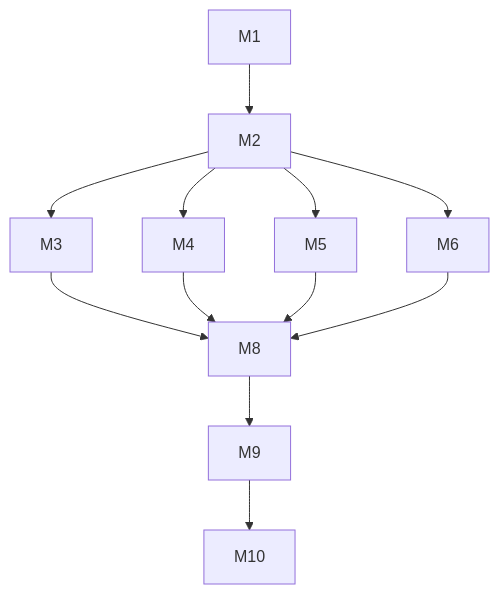
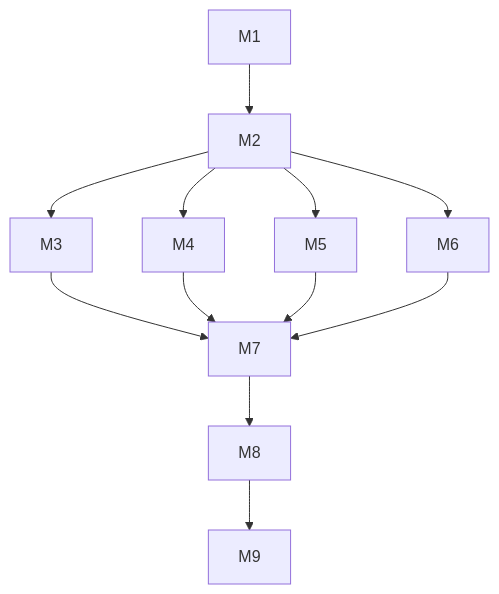
The seventh of 7 diagrams in .internal/constitution-spec.md (anton-pershin/mourat), drawn with Mermaid before and after one commit. The commit also changed other lines of this file and 1 other file, not shown here.

````diff
--- a/.internal/constitution-spec.md
+++ b/.internal/constitution-spec.md
@@ -194,14 +211,14 @@
 ```mermaid
 flowchart TD
   M1 --> M2
   M2 --> M3
   M2 --> M4
   M2 --> M5
   M2 --> M6
-  M3 --> M8
-  M4 --> M8
-  M5 --> M8
-  M6 --> M8
+  M3 --> M7
+  M4 --> M7
+  M5 --> M7
+  M6 --> M7
+  M7 --> M8
   M8 --> M9
-  M9 --> M10
 ```
````
